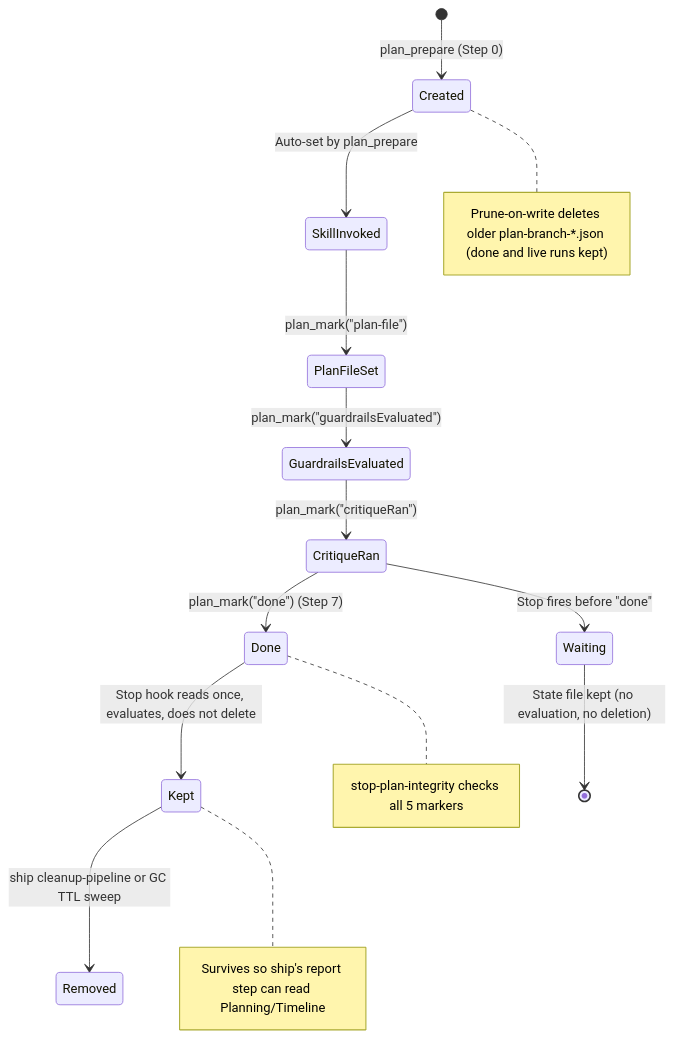
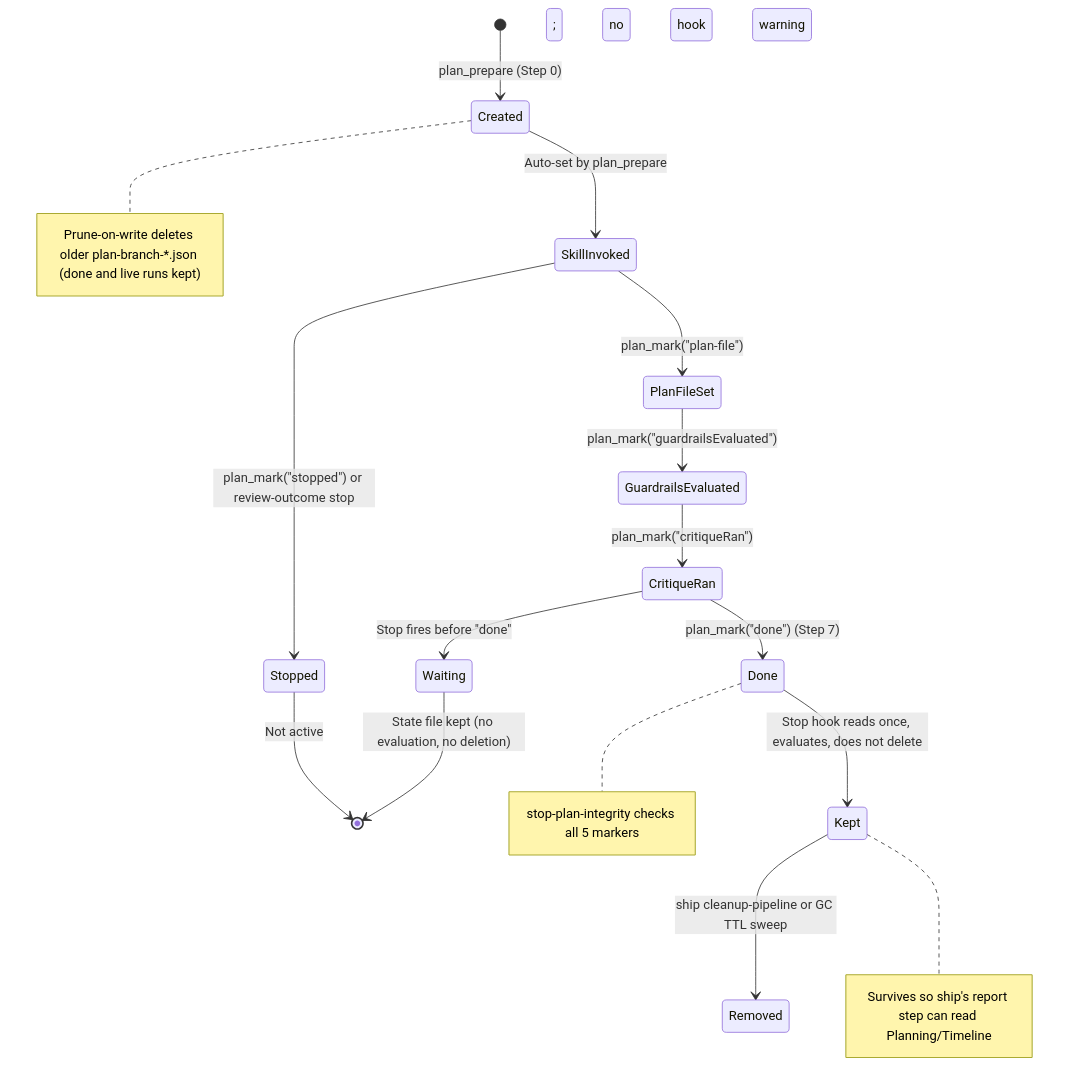
One commit to rnagrodzki/sdlc-plugin changed the fourth of 4 diagrams in docs/plan-architecture.md. Above: the diagram before and after it, drawn with Mermaid. The commit also changed other lines of this file and 31 other files, not shown here.

First line of the commit message:
feat(plan): add conclude question and stopped run marker to plan skill (#111)

````diff
--- a/docs/plan-architecture.md
+++ b/docs/plan-architecture.md
@@ -1019,17 +1024,19 @@
 ```mermaid
 stateDiagram-v2
     [*] --> Created: plan_prepare (Step 0)
     Created --> SkillInvoked: Auto-set by plan_prepare
     SkillInvoked --> PlanFileSet: plan_mark("plan-file")
     PlanFileSet --> GuardrailsEvaluated: plan_mark("guardrailsEvaluated")
     GuardrailsEvaluated --> CritiqueRan: plan_mark("critiqueRan")
     CritiqueRan --> Done: plan_mark("done") (Step 7)
+    SkillInvoked --> Stopped: plan_mark("stopped") or review-outcome stop
+    Stopped --> [*]: Not active; no hook warning
     Done --> Kept: Stop hook reads once, evaluates, does not delete
     Kept --> Removed: ship cleanup-pipeline or GC TTL sweep
     CritiqueRan --> Waiting: Stop fires before "done"
     Waiting --> [*]: State file kept (no evaluation, no deletion)
 
     note right of Created: Prune-on-write deletes older plan-branch-*.json (done and live runs kept)
     note right of Done: stop-plan-integrity checks all 5 markers
     note right of Kept: Survives so ship's report step can read Planning/Timeline
 ```
````
